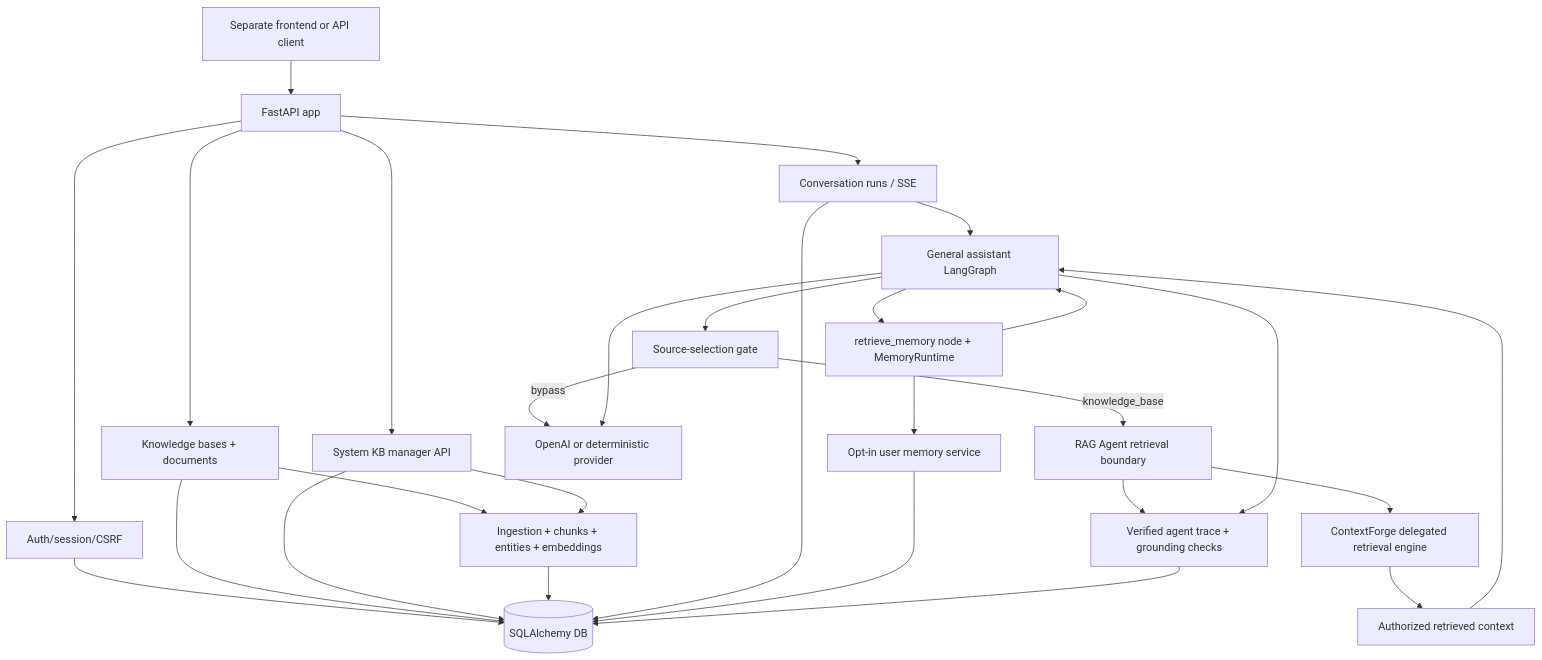
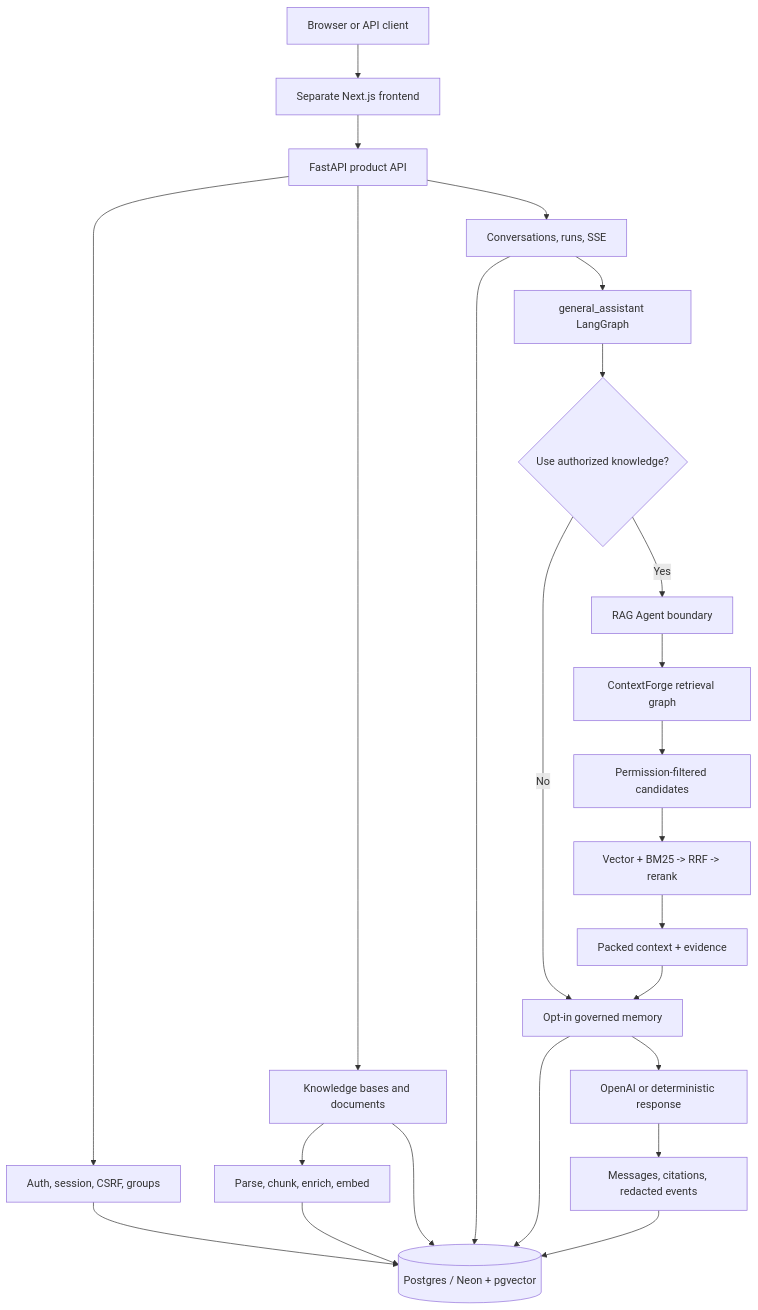
The diagram in README.en.md (heecheon92/my-agents), drawn with Mermaid before and after one commit. The commit also changed other lines of this file and 1 other file, not shown here.

````diff
--- a/README.en.md
+++ b/README.en.md
@@ -39,30 +45,30 @@
 ```mermaid
 flowchart TD
-    Frontend["Separate frontend or API client"] --> API["FastAPI app"]
-    API --> Auth["Auth/session/CSRF"]
-    API --> KB["Knowledge bases + documents"]
-    API --> SystemKB["System KB manager API"]
-    API --> Runs["Conversation runs / SSE"]
-    KB --> Ingest["Ingestion + chunks + entities + embeddings"]
-    SystemKB --> Ingest
-    Runs --> Graph["General assistant LangGraph"]
-    Graph --> SourceGate["Source-selection gate"]
-    SourceGate -->|knowledge_base| RAGAgent["RAG Agent retrieval boundary"]
-    SourceGate -->|bypass| Provider
-    RAGAgent --> ContextForge["ContextForge delegated retrieval engine"]
-    ContextForge --> GraphInput["Authorized retrieved context"]
-    GraphInput --> Graph
-    Graph --> MemoryRuntime["retrieve_memory node + MemoryRuntime"]
-    MemoryRuntime --> Memory["Opt-in user memory service"]
-    MemoryRuntime --> Graph
-    Graph --> Provider["OpenAI or deterministic provider"]
-    RAGAgent --> Events["Verified agent trace + grounding checks"]
-    Graph --> Events
-    Auth --> DB[("SQLAlchemy DB")]
-    KB --> DB
-    SystemKB --> DB
-    Ingest --> DB
+    Client["Browser or API client"] --> Frontend["Separate Next.js frontend"]
+    Frontend --> API["FastAPI product API"]
+
+    API --> Auth["Auth, session, CSRF, groups"]
+    API --> Knowledge["Knowledge bases and documents"]
+    API --> Runs["Conversations, runs, SSE"]
+
+    Knowledge --> Ingestion["Parse, chunk, enrich, embed"]
+    Ingestion --> DB[("Postgres / Neon + pgvector")]
+    Auth --> DB
+    Knowledge --> DB
     Runs --> DB
+
+    Runs --> Assistant["general_assistant LangGraph"]
+    Assistant --> SourceGate{"Use authorized knowledge?"}
+    SourceGate -->|No| Memory["Opt-in governed memory"]
+    SourceGate -->|Yes| RAG["RAG Agent boundary"]
+    RAG --> Forge["ContextForge retrieval graph"]
+    Forge --> Permission["Permission-filtered candidates"]
+    Permission --> Hybrid["Vector + BM25 -> RRF -> rerank"]
+    Hybrid --> Context["Packed context + evidence"]
+    Context --> Memory
+
     Memory --> DB
-    Events --> DB
+    Memory --> Provider["OpenAI or deterministic response"]
+    Provider --> Audit["Messages, citations, redacted events"]
+    Audit --> DB
 ```
````
